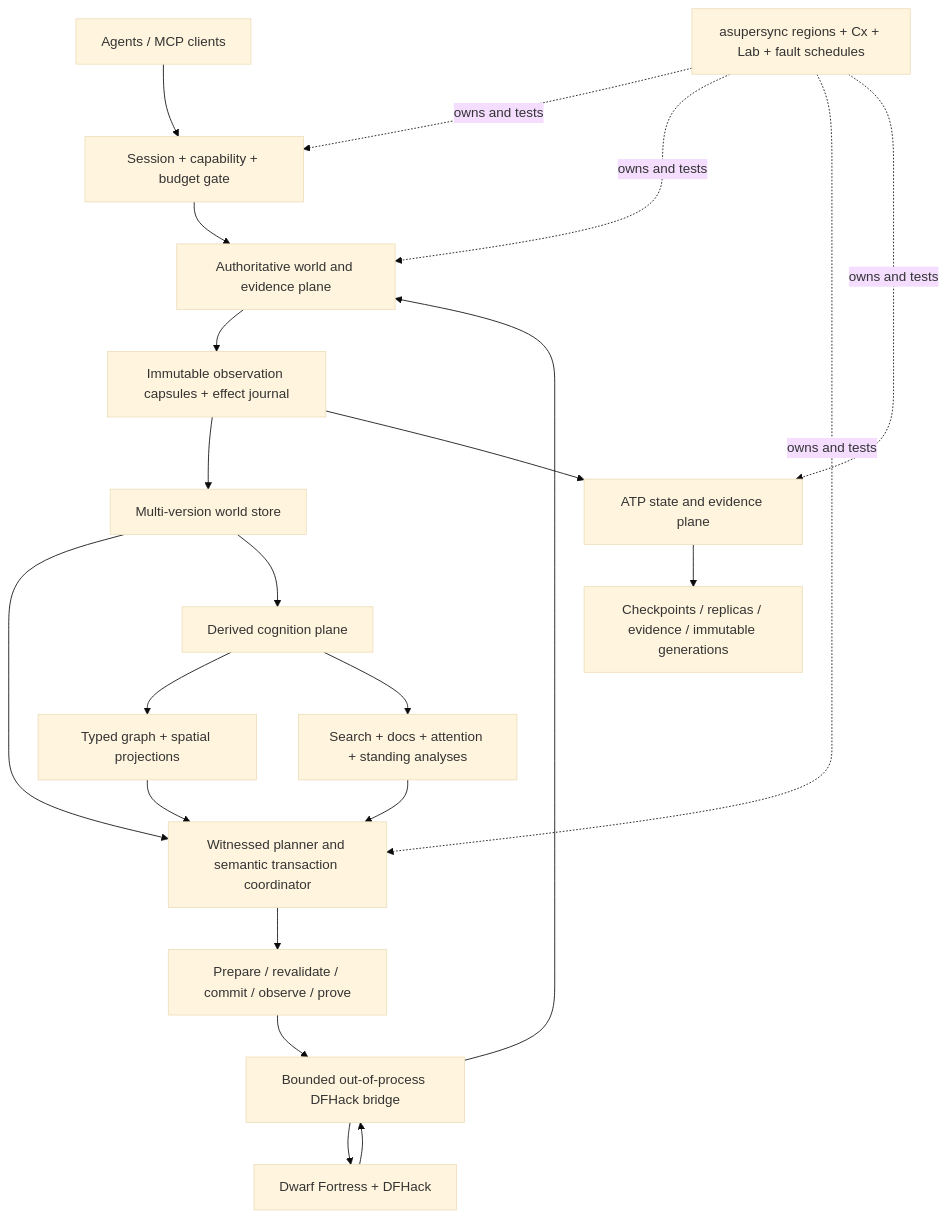
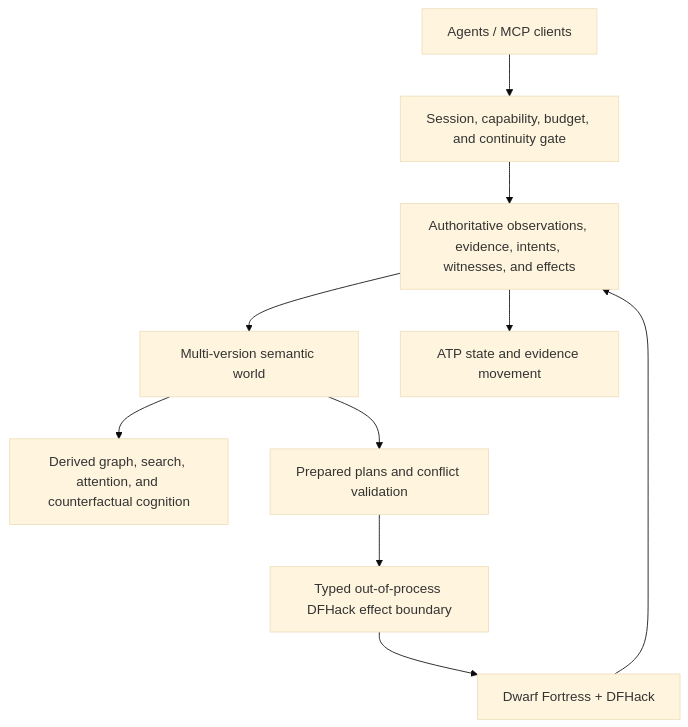
Before and after one commit to Dicklesworthstone/dwarf_fortress_mcp: the diagram in README.md, drawn with Mermaid (base theme). The commit also changed other lines of this file, not shown here.

````diff
--- a/README.md
+++ b/README.md
@@ -81,27 +206,12 @@
 ```mermaid
 flowchart TB
-    A[Agents / MCP clients] --> B[Session + capability + budget gate]
-    B --> C[Authoritative world and evidence plane]
-    C --> D[Immutable observation capsules + effect journal]
-    D --> E[Multi-version world store]
-    E --> F[Witnessed planner and semantic transaction coordinator]
-    F --> G[Prepare / revalidate / commit / observe / prove]
-    G --> H[Bounded out-of-process DFHack bridge]
-    H --> I[Dwarf Fortress + DFHack]
-    I --> H
+    A[Agents / MCP clients] --> B[Session, capability, budget, and continuity gate]
+    B --> C[Authoritative observations, evidence, intents, witnesses, and effects]
+    C --> D[Multi-version semantic world]
+    D --> E[Derived graph, search, attention, and counterfactual cognition]
+    D --> F[Prepared plans and conflict validation]
+    F --> G[Typed out-of-process DFHack effect boundary]
+    G --> H[Dwarf Fortress + DFHack]
     H --> C
-
-    E --> J[Derived cognition plane]
-    J --> K[Typed graph + spatial projections]
-    J --> L[Search + docs + attention + standing analyses]
-    K --> F
-    L --> F
-
-    D --> M[ATP state and evidence plane]
-    M --> N[Checkpoints / replicas / evidence / immutable generations]
-
-    O[asupersync regions + Cx + Lab + fault schedules] -. owns and tests .-> B
-    O -. owns and tests .-> C
-    O -. owns and tests .-> F
-    O -. owns and tests .-> M
+    C --> I[ATP state and evidence movement]
 ```
````
